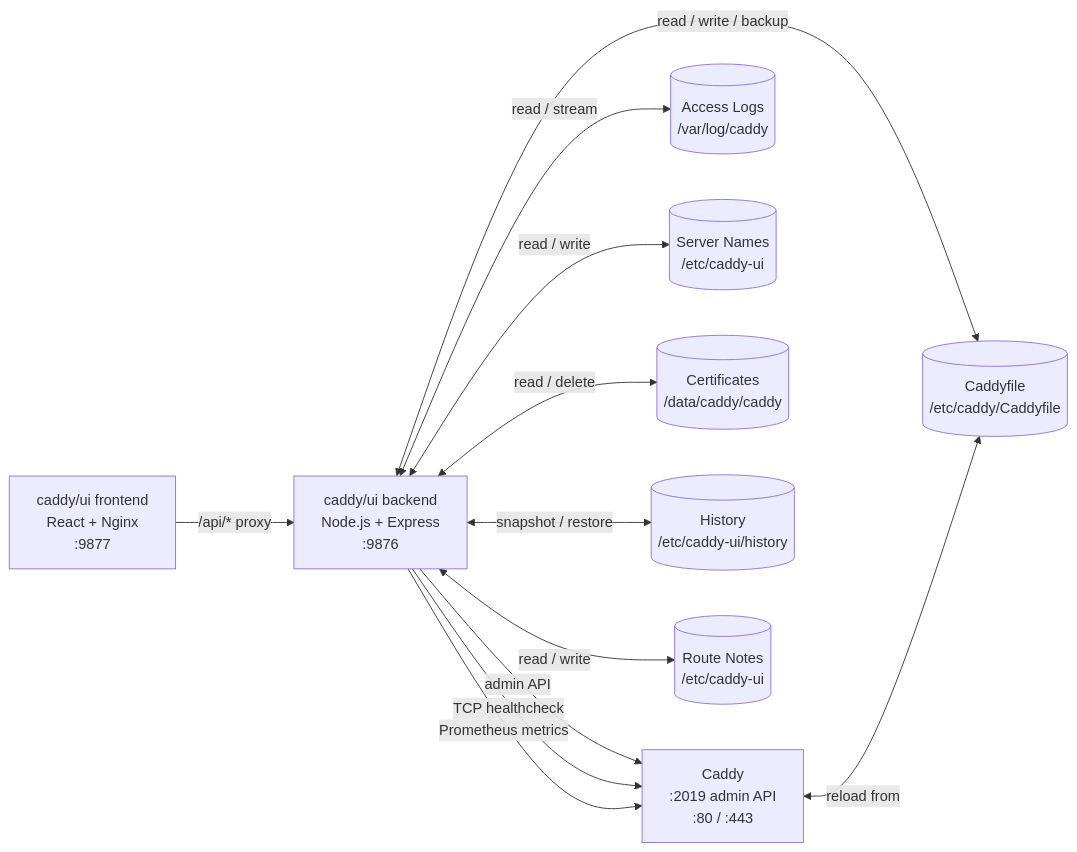
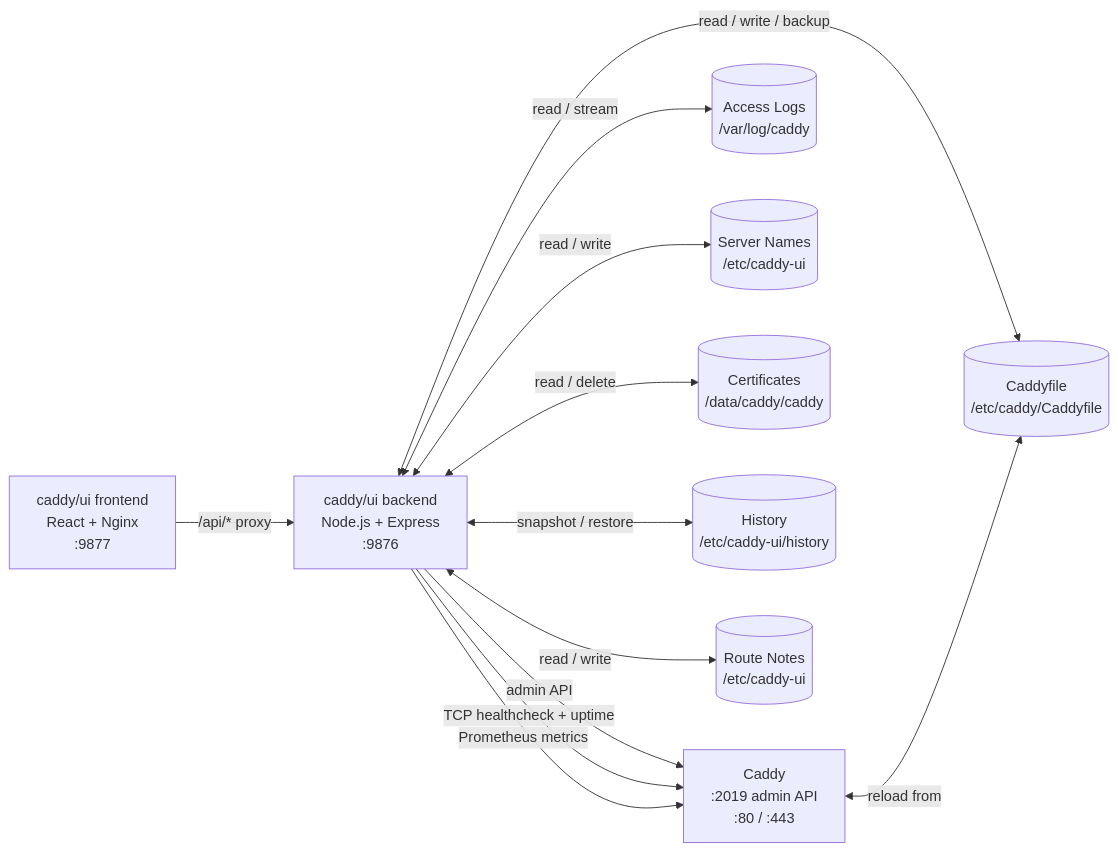
One commit to zackwag/caddy-ui changed the diagram in README.md. Above: the diagram before and after it, drawn with Mermaid. The commit also changed other lines of this file and 2 other files, not shown here.

````diff
--- a/README.md
+++ b/README.md
@@ -27,24 +28,24 @@
 ```mermaid
 graph LR
     FE["caddy/ui frontend\nReact + Nginx\n:9877"]
     BE["caddy/ui backend\nNode.js + Express\n:9876"]
     CA["Caddy\n:2019 admin API\n:80 / :443"]
     CF[("Caddyfile\n/etc/caddy/Caddyfile")]
     LG[("Access Logs\n/var/log/caddy")]
     SN[("Server Names\n/etc/caddy-ui")]
     TLS[("Certificates\n/data/caddy/caddy")]
     HX[("History\n/etc/caddy-ui/history")]
     RN[("Route Notes\n/etc/caddy-ui")]
 
     FE -->|"/api/* proxy"| BE
     BE -->|"admin API"| CA
-    BE -->|"TCP healthcheck"| CA
+    BE -->|"TCP healthcheck + uptime"| CA
     BE -->|"Prometheus metrics"| CA
     BE <-->|"read / write / backup"| CF
     BE <-->|"read / stream"| LG
     BE <-->|"read / write"| SN
     BE <-->|"read / delete"| TLS
     BE <-->|"snapshot / restore"| HX
     BE <-->|"read / write"| RN
     CA <-->|"reload from"| CF
 ```
````
